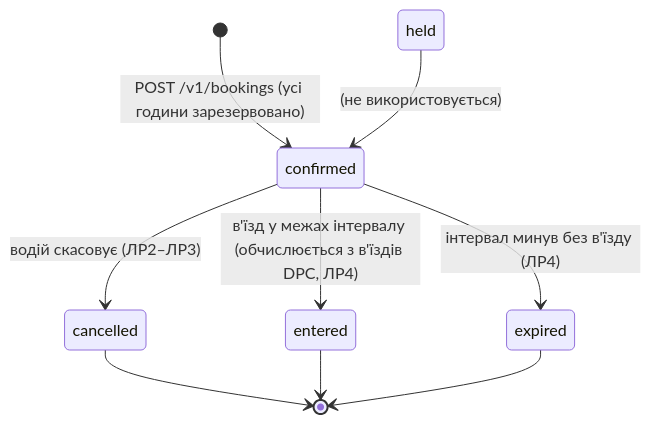
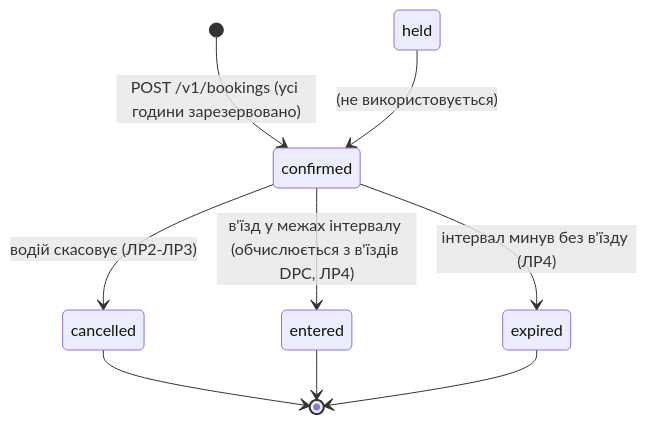
The diagram in README.md (Extractoro/parking-system), drawn with Mermaid before and after one commit. The commit also changed other lines of this file, not shown here.

````diff
--- a/README.md
+++ b/README.md
@@ -40,11 +40,11 @@
 ```mermaid
 stateDiagram-v2
     [*] --> confirmed: POST /v1/bookings (усі години зарезервовано)
     held --> confirmed: (не використовується)
-    confirmed --> cancelled: водій скасовує (ЛР2–ЛР3)
+    confirmed --> cancelled: водій скасовує (ЛР2-ЛР3)
     confirmed --> entered: в'їзд у межах інтервалу (обчислюється з в'їздів DPC, ЛР4)
     confirmed --> expired: інтервал минув без в'їзду (ЛР4)
     cancelled --> [*]
     entered --> [*]
     expired --> [*]
 ```
````
